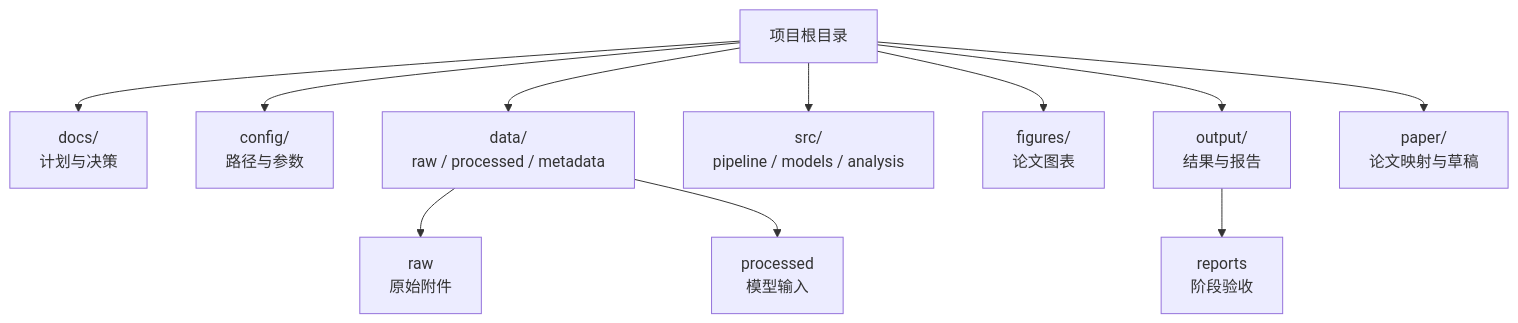
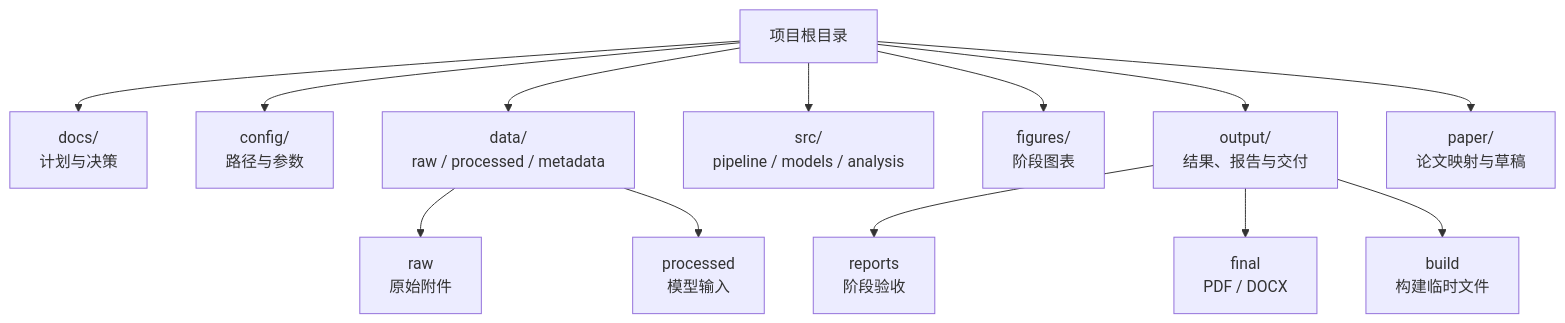
One commit to Timcai06/-A- changed the third of 3 diagrams in README.md. Above: the diagram before and after it, drawn with Mermaid. The commit also changed other lines of this file and 10 other files, not shown here.

````diff
--- a/README.md
+++ b/README.md
@@ -121,14 +121,16 @@
 ```mermaid
 flowchart TB
     R["项目根目录"] --> D["docs/<br/>计划与决策"]
     R --> C["config/<br/>路径与参数"]
     R --> Data["data/<br/>raw / processed / metadata"]
     R --> S["src/<br/>pipeline / models / analysis"]
-    R --> Figs["figures/<br/>论文图表"]
-    R --> Out["output/<br/>结果与报告"]
+    R --> Figs["figures/<br/>阶段图表"]
+    R --> Out["output/<br/>结果、报告与交付"]
     R --> P["paper/<br/>论文映射与草稿"]
 
     Data --> Raw["raw<br/>原始附件"]
     Data --> Processed["processed<br/>模型输入"]
     Out --> Reports["reports<br/>阶段验收"]
+    Out --> Final["final<br/>PDF / DOCX"]
+    Out --> Build["build<br/>构建临时文件"]
 ```
````
